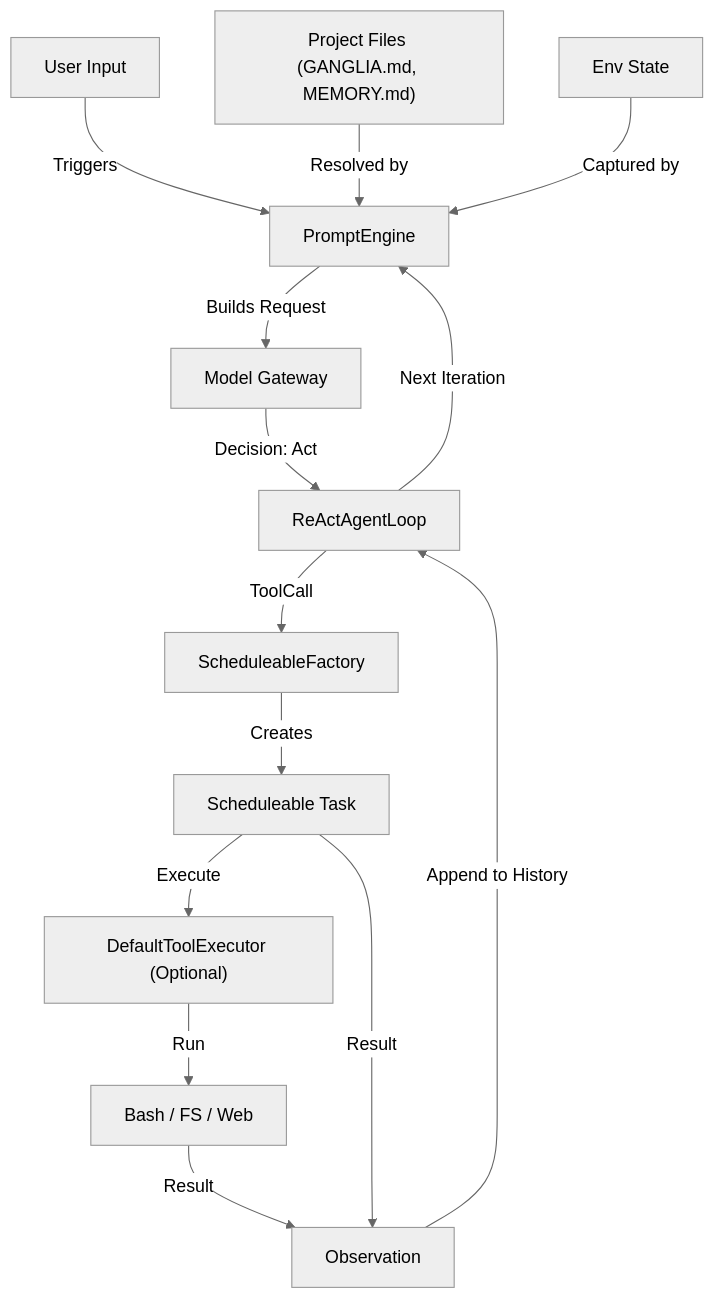
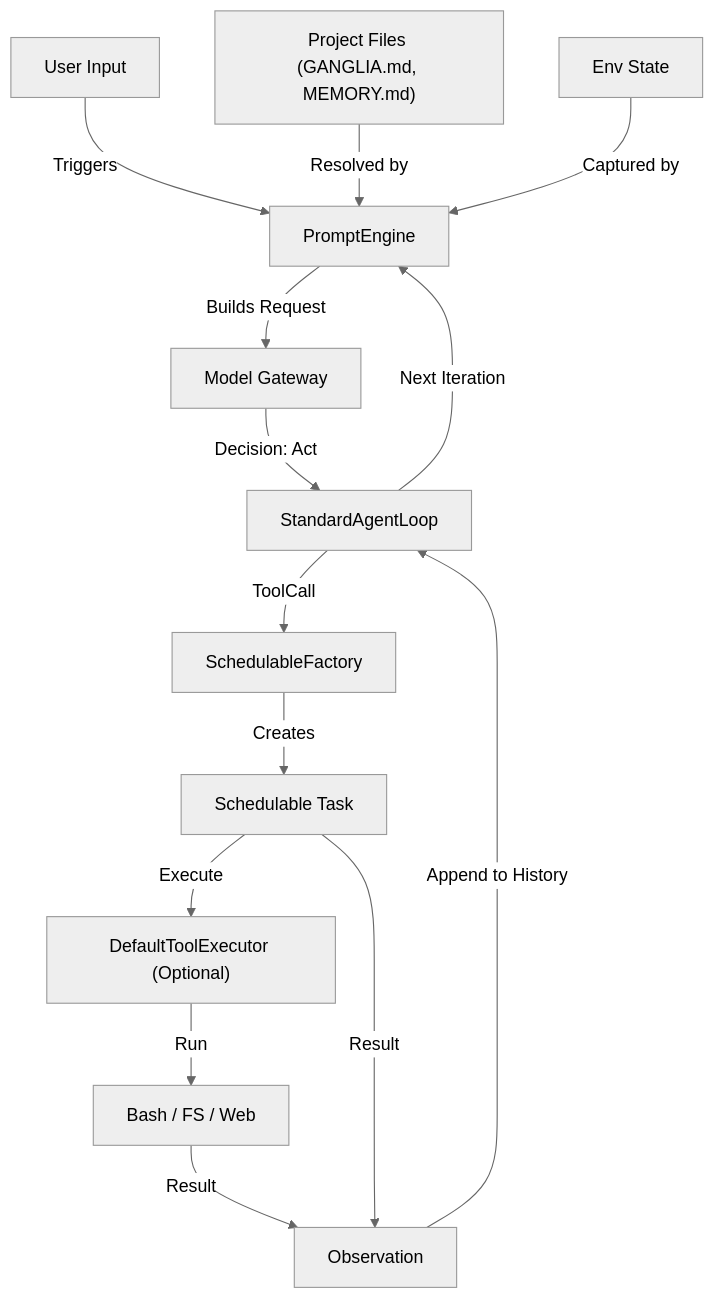
The second of 2 diagrams in docs/ARCHITECTURE.md (stream-iori/ganglia), drawn with Mermaid (neutral theme) before and after one commit. The commit also changed other lines of this file and 38 other files, not shown here.

Commit message:
refactor(core): rename ReActAgentLoop to StandardAgentLoop and fix Schedulable typo

````diff
--- a/docs/ARCHITECTURE.md
+++ b/docs/ARCHITECTURE.md
@@ -162,22 +162,22 @@
 ```mermaid
 graph TD
     User["User Input"] -->|Triggers| PE["PromptEngine"]
     Files["Project Files (GANGLIA.md, MEMORY.md)"] -->|Resolved by| PE
     Env["Env State"] -->|Captured by| PE
 
     PE -->|Builds Request| Model["Model Gateway"]
 
-    Model -->|Decision: Act| Loop["ReActAgentLoop"]
+    Model -->|Decision: Act| Loop["StandardAgentLoop"]
     
-    Loop -->|ToolCall| Sched["ScheduleableFactory"]
-    Sched -->|Creates| Task["Scheduleable Task"]
+    Loop -->|ToolCall| Sched["SchedulableFactory"]
+    Sched -->|Creates| Task["Schedulable Task"]
     
     Task -->|Execute| Executor["DefaultToolExecutor (Optional)"]
     Executor -->|Run| RealWorld["Bash / FS / Web"]
     
     RealWorld -->|Result| Obs["Observation"]
     Task -->|Result| Obs
     
     Obs -->|Append to History| Loop
     Loop -->|Next Iteration| PE
 ```
````
